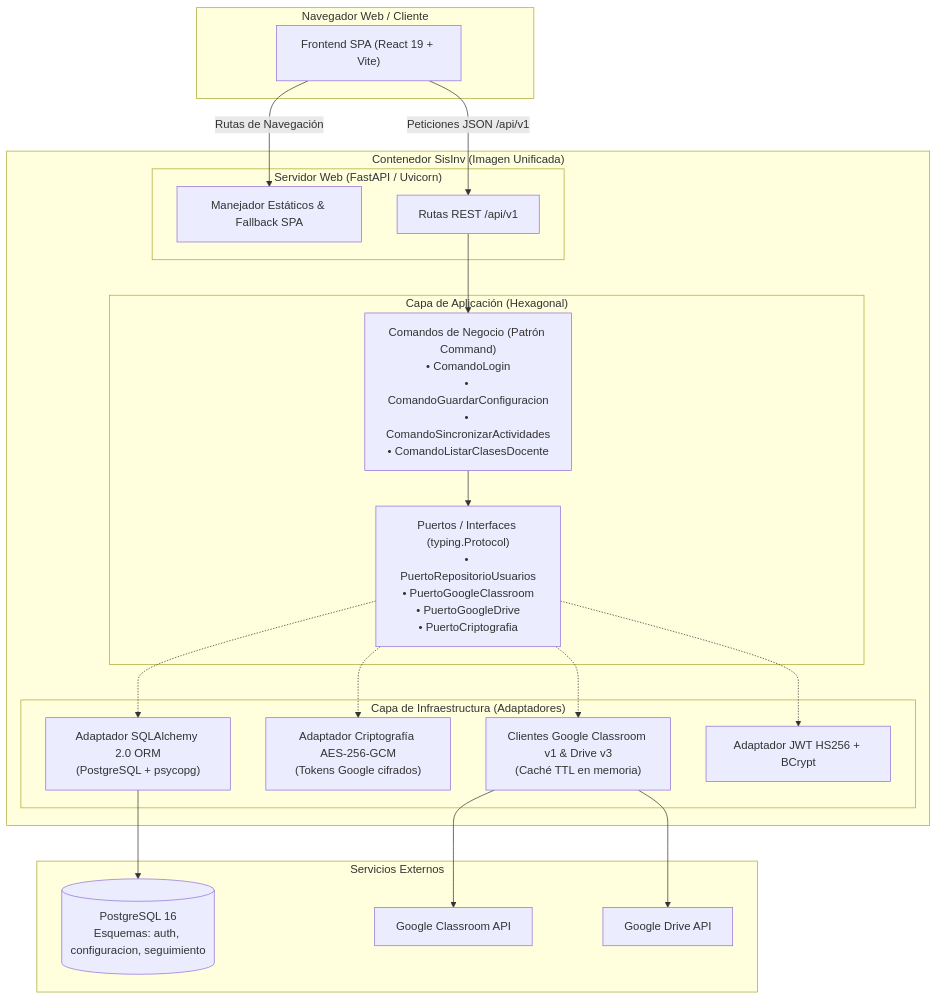
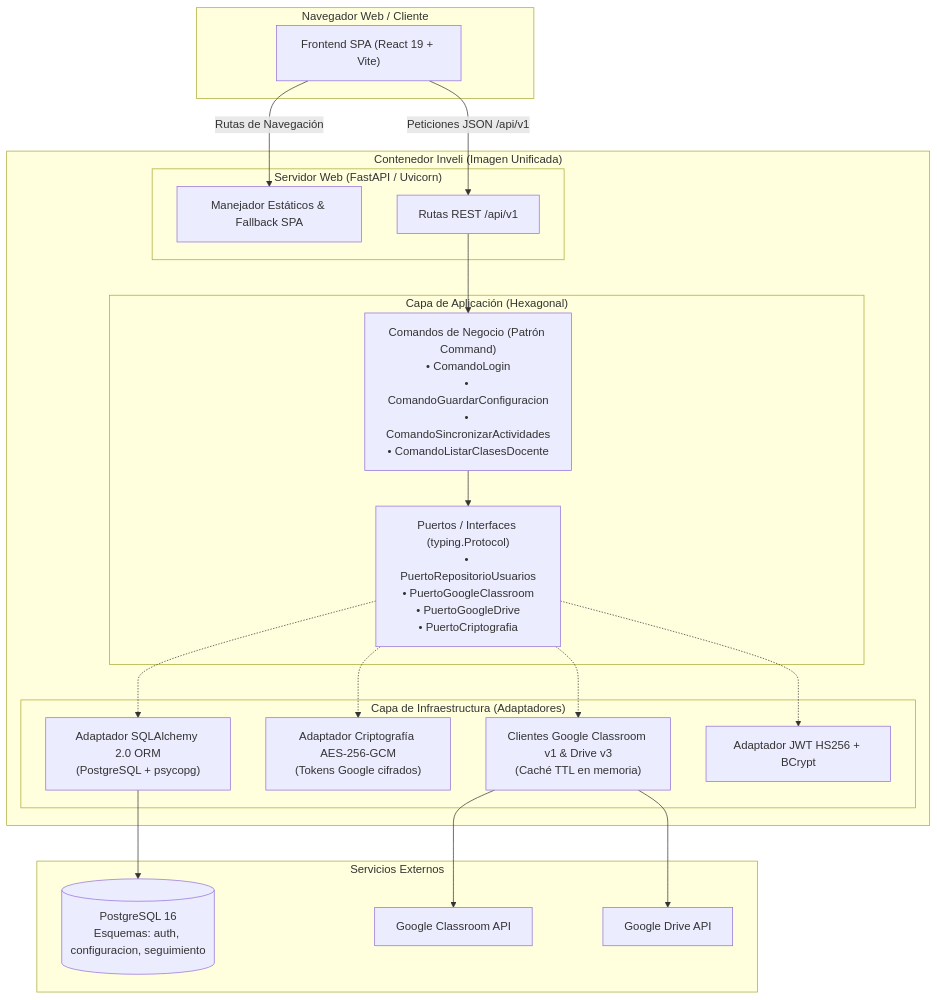
One commit to iamrodrigodev/invetraz changed the diagram in README.md. Above: the diagram before and after it, drawn with Mermaid. The commit also changed other lines of this file and 330 other files, not shown here.

````diff
--- a/README.md
+++ b/README.md
@@ -20,43 +20,43 @@
 ```mermaid
 flowchart TD
     subgraph Cliente["Navegador Web / Cliente"]
         SPA["Frontend SPA (React 19 + Vite)"]
     end
 
-    subgraph ContenedorSisInv["Contenedor SisInv (Imagen Unificada)"]
+    subgraph ContenedorInveli["Contenedor Inveli (Imagen Unificada)"]
         subgraph ServidorHTTP["Servidor Web (FastAPI / Uvicorn)"]
             StaticServer["Manejador Estáticos & Fallback SPA"]
             APIEnrutador["Rutas REST /api/v1"]
         end
 
         subgraph CapaAplicacion["Capa de Aplicación (Hexagonal)"]
             Comandos["Comandos de Negocio (Patrón Command)\n• ComandoLogin\n• ComandoGuardarConfiguracion\n• ComandoSincronizarActividades\n• ComandoListarClasesDocente"]
             Puertos["Puertos / Interfaces (typing.Protocol)\n• PuertoRepositorioUsuarios\n• PuertoGoogleClassroom\n• PuertoGoogleDrive\n• PuertoCriptografia"]
         end
 
         subgraph CapaInfraestructura["Capa de Infraestructura (Adaptadores)"]
             SQLAlchemy["Adaptador SQLAlchemy 2.0 ORM\n(PostgreSQL + psycopg)"]
             CriptoAES["Adaptador Criptografía AES-256-GCM\n(Tokens Google cifrados)"]
             AdaptadorGoogle["Clientes Google Classroom v1 & Drive v3\n(Caché TTL en memoria)"]
             SeguridadJWT["Adaptador JWT HS256 + BCrypt"]
         end
     end
 
     subgraph ServiciosExternos["Servicios Externos"]
         PG[(PostgreSQL 16\nEsquemas: auth, configuracion, seguimiento)]
         GClassroom["Google Classroom API"]
         GDrive["Google Drive API"]
     end
 
     SPA -->|Rutas de Navegación| StaticServer
     SPA -->|Peticiones JSON /api/v1| APIEnrutador
     APIEnrutador --> Comandos
     Comandos --> Puertos
     Puertos -.-> SQLAlchemy
     Puertos -.-> CriptoAES
     Puertos -.-> AdaptadorGoogle
     Puertos -.-> SeguridadJWT
     SQLAlchemy --> PG
     AdaptadorGoogle --> GClassroom
     AdaptadorGoogle --> GDrive
 ```
````
